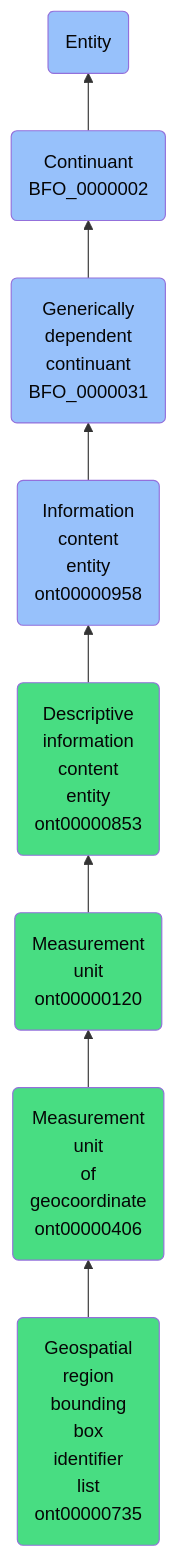
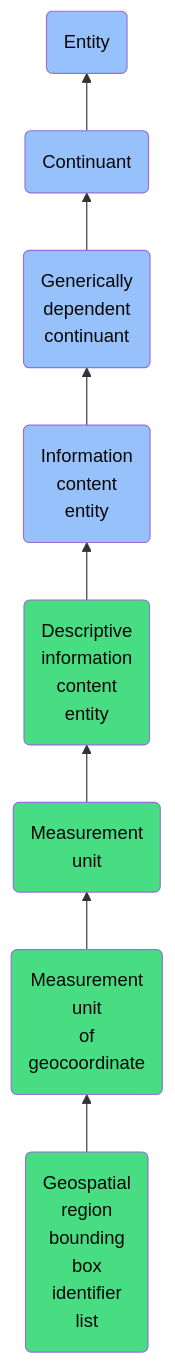
One commit to jupyter-naas/abi changed the diagram in docs/ontology/reference/model/Entity/Continuant/Generically dependent continuant/Information content entity/Descriptive information content entity/Measurement unit/Measurement unit of geocoordinate/Geospatial region bounding box identifier list/Geospatial region bounding box identifier list.md. Above: the diagram before and after it, drawn with Mermaid. The commit also changed other lines of this file and 1430 other files, not shown here.

````diff
--- a/docs/ontology/reference/model/Entity/Continuant/Generically dependent continuant/Information content entity/Descriptive information content entity/Measurement unit/Measurement unit of geocoordinate/Geospatial region bounding box identifier list/Geospatial region bounding box identifier list.md
+++ b/docs/ontology/reference/model/Entity/Continuant/Generically dependent continuant/Information content entity/Descriptive information content entity/Measurement unit/Measurement unit of geocoordinate/Geospatial region bounding box identifier list/Geospatial region bounding box identifier list.md
@@ -24,15 +24,15 @@
 ```mermaid
 graph BT
-    ont00000735(Geospatial<br>region<br>bounding<br>box<br>identifier<br>list<br>ont00000735):::ABI-->ont00000406
-    ont00000406(Measurement<br>unit<br>of<br>geocoordinate<br>ont00000406):::ABI-->ont00000120
-    ont00000120(Measurement<br>unit<br>ont00000120):::ABI-->ont00000853
-    ont00000853(Descriptive<br>information<br>content<br>entity<br>ont00000853):::ABI-->ont00000958
-    ont00000958(Information<br>content<br>entity<br>ont00000958):::BFO-->BFO_0000031
-    BFO_0000031(Generically<br>dependent<br>continuant<br>BFO_0000031):::BFO-->BFO_0000002
-    BFO_0000002(Continuant<br>BFO_0000002):::BFO-->BFO_0000001
+    ont00000735(Geospatial<br>region<br>bounding<br>box<br>identifier<br>list):::ABI-->ont00000406
+    ont00000406(Measurement<br>unit<br>of<br>geocoordinate):::ABI-->ont00000120
+    ont00000120(Measurement<br>unit):::ABI-->ont00000853
+    ont00000853(Descriptive<br>information<br>content<br>entity):::ABI-->ont00000958
+    ont00000958(Information<br>content<br>entity):::BFO-->BFO_0000031
+    BFO_0000031(Generically<br>dependent<br>continuant):::BFO-->BFO_0000002
+    BFO_0000002(Continuant):::BFO-->BFO_0000001
     BFO_0000001(Entity):::BFO
     
     classDef BFO fill:#97c1fb,color:#060606
     classDef CCO fill:#e4c51e,color:#060606
     classDef ABI fill:#48DD82,color:#060606
 ```
````
